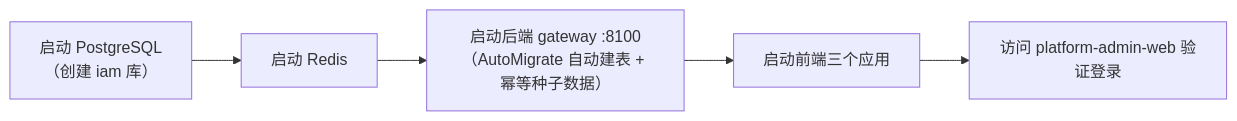
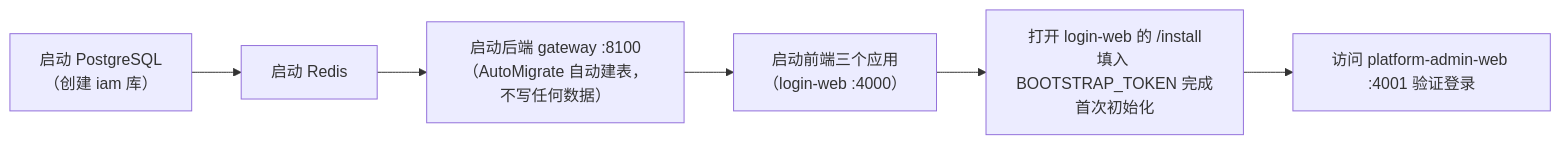
Before and after one commit to morehao/ark-iam: the first of 2 diagrams in docs/design/run-and-deploy.md, drawn with Mermaid. The commit also changed other lines of this file and 121 other files, not shown here.

First line of the commit message:
feat(seed): replace startup seeding with a one-time /install bootstrap (#72)

````diff
--- a/docs/design/run-and-deploy.md
+++ b/docs/design/run-and-deploy.md
@@ -76,7 +76,8 @@
 ```mermaid
 flowchart LR
     PG["启动 PostgreSQL<br/>（创建 iam 库）"] --> REDIS["启动 Redis"]
-    REDIS --> BE["启动后端 gateway :8100<br/>（AutoMigrate 自动建表 + 幂等种子数据）"]
-    BE --> FE["启动前端三个应用"]
-    FE --> TEST["访问 platform-admin-web 验证登录"]
+    REDIS --> BE["启动后端 gateway :8100<br/>（AutoMigrate 自动建表，不写任何数据）"]
+    BE --> FE["启动前端三个应用<br/>（login-web :4000）"]
+    FE --> INSTALL["打开 login-web 的 /install<br/>填入 BOOTSTRAP_TOKEN 完成首次初始化"]
+    INSTALL --> TEST["访问 platform-admin-web :4001 验证登录"]
 ```
````
